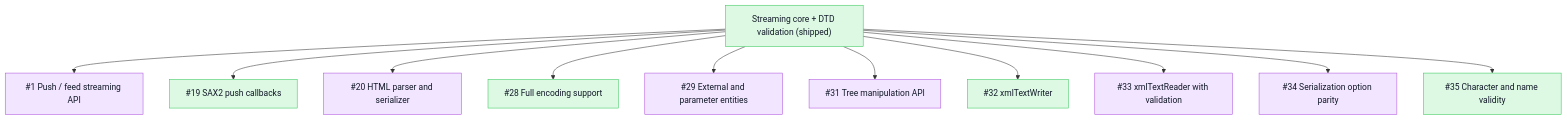
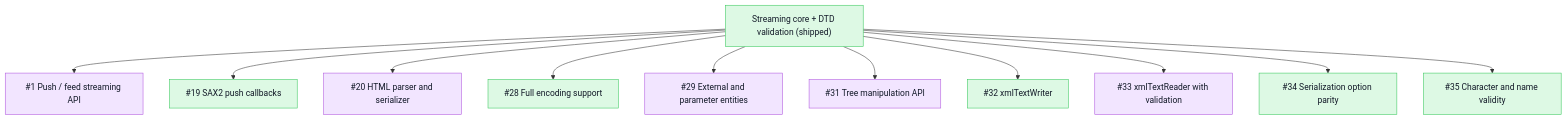
One commit to mihaelamj/PureXML changed the second of 5 diagrams in README.md. Above: the diagram before and after it, drawn with Mermaid. The commit also changed 5 other files, not shown here.

First line of the commit message:
feat(emit): XML declaration save-option parity

````diff
--- a/README.md
+++ b/README.md
@@ -52,28 +52,28 @@
 ```mermaid
 flowchart TB
   classDef done fill:#ddf9e4,stroke:#34c759,color:#111827
   classDef review fill:#fff7d6,stroke:#ffcc00,color:#111827
   classDef epic fill:#f2e5ff,stroke:#af52de,color:#111827
   classDef todo fill:#f2f4f7,stroke:#8e8e93,color:#111827
   Core["Streaming core + DTD validation (shipped)"]:::done
   Push["#1 Push / feed streaming API"]:::epic
   Sax["#19 SAX2 push callbacks"]:::done
   Html["#20 HTML parser and serializer"]:::epic
   Enc["#28 Full encoding support"]:::done
   Ent["#29 External and parameter entities"]:::epic
   TreeApi["#31 Tree manipulation API"]:::epic
   Writer["#32 xmlTextWriter"]:::done
   Reader["#33 xmlTextReader with validation"]:::epic
-  Save["#34 Serialization option parity"]:::epic
+  Save["#34 Serialization option parity"]:::done
   Chars["#35 Character and name validity"]:::done
   Core --> Push
   Core --> Sax
   Core --> Html
   Core --> Enc
   Core --> Ent
   Core --> TreeApi
   Core --> Writer
   Core --> Reader
   Core --> Save
   Core --> Chars
 ```
````
